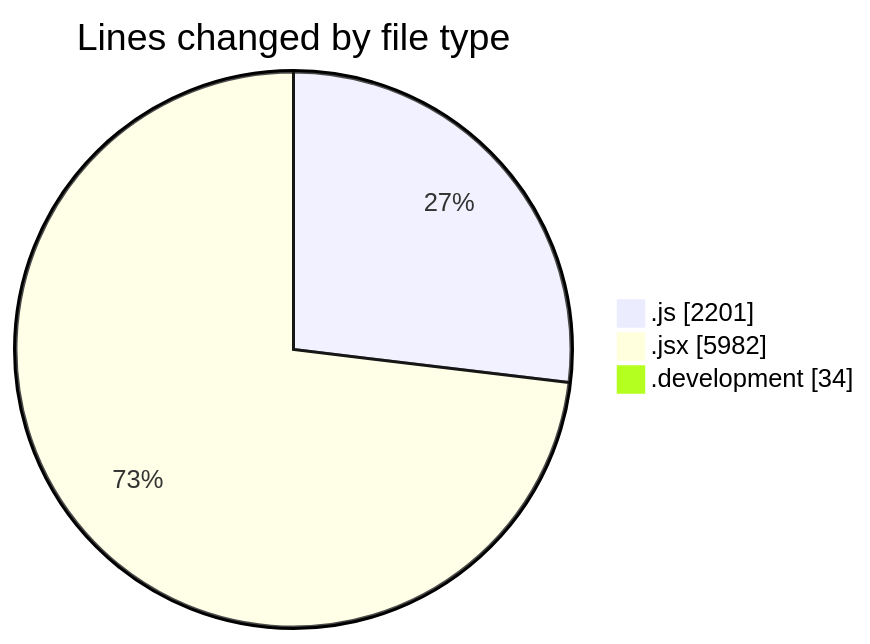
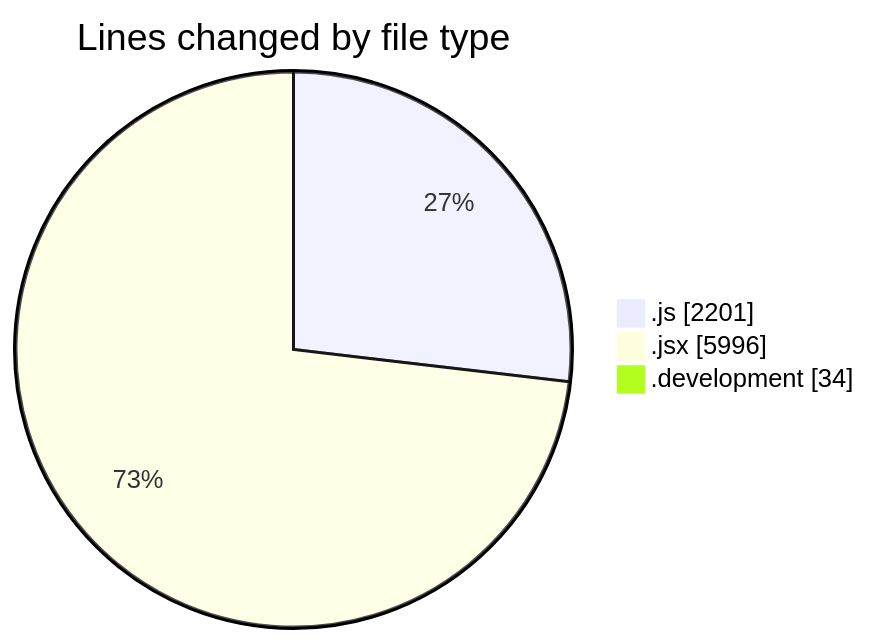
Before and after one commit to nxtqubesakshisongat/code-tracking: the first of 2 diagrams in 2025-09-18/nxtqube_webapp/README.md, drawn with Mermaid. The commit also changed other lines of this file and 1 other file, not shown here.

````diff
--- a/2025-09-18/nxtqube_webapp/README.md
+++ b/2025-09-18/nxtqube_webapp/README.md
@@ -38,7 +38,7 @@
 ```mermaid
 pie showData
 title Lines changed by file type
 ".js" : 2201
-".jsx" : 5982
+".jsx" : 5996
 ".development" : 34
 ```
````
